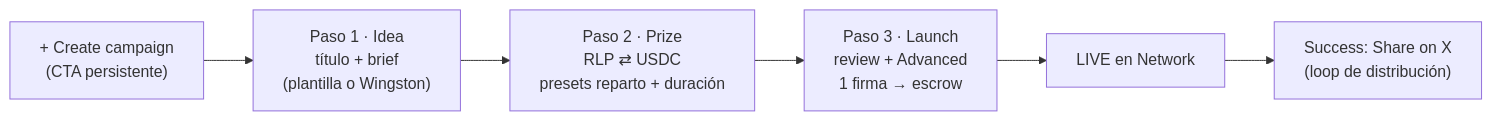
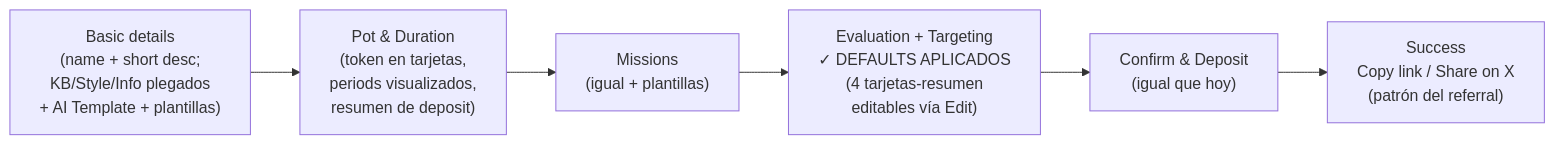
The diagram in rally-flows/app-rally-flows.md (sergiogenlayer/predictionmarket), drawn with Mermaid before and after one commit. The commit also changed other lines of this file and 1 other file, not shown here.

First line of the commit message:
Rework Rally flow proposal on top of the real product (v2)

````diff
--- a/rally-flows/app-rally-flows.md
+++ b/rally-flows/app-rally-flows.md
@@ -28,8 +37,8 @@
 ```mermaid
 flowchart LR
-    A["+ Create campaign<br/>(CTA persistente)"] --> B["Paso 1 · Idea<br/>título + brief<br/>(plantilla o Wingston)"]
-    B --> C["Paso 2 · Prize<br/>RLP ⇄ USDC<br/>presets reparto + duración"]
-    C --> D["Paso 3 · Launch<br/>review + Advanced<br/>1 firma → escrow"]
-    D --> E["LIVE en Network"]
-    E --> F["Success: Share on X<br/>(loop de distribución)"]
+    A["Basic details<br/>(name + short desc;<br/>KB/Style/Info plegados<br/>+ AI Template + plantillas)"] --> B["Pot & Duration<br/>(token en tarjetas,<br/>periods visualizados,<br/>resumen de deposit)"]
+    B --> C["Missions<br/>(igual + plantillas)"]
+    C --> D["Evaluation + Targeting<br/>✓ DEFAULTS APLICADOS<br/>(4 tarjetas-resumen<br/>editables vía Edit)"]
+    D --> E["Confirm & Deposit<br/>(igual que hoy)"]
+    E --> F["Success<br/>Copy link / Share on X<br/>(patrón del referral)"]
 ```
````
